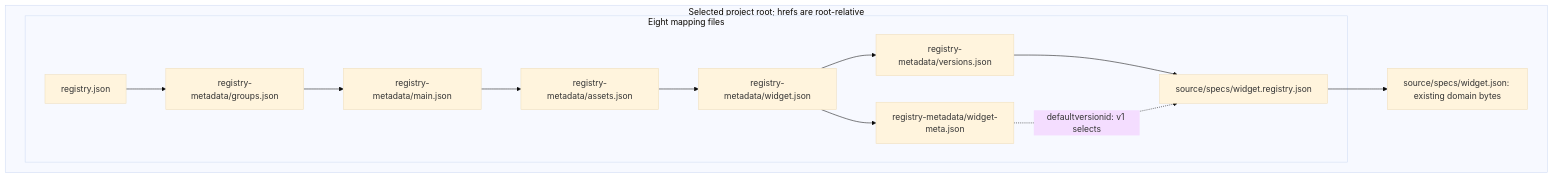
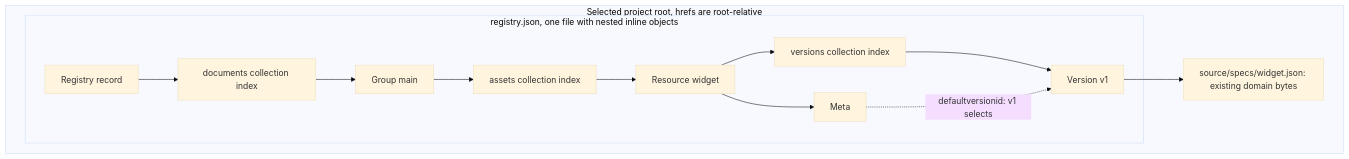
The diagram in workingdrafts/bindings/mapping.md (xregistry/spec), drawn with Mermaid (base theme) before and after one commit. The commit also changed other lines of this file and 15 other files, not shown here.

Commit message:
feat(bindings): allow inline mapping metadata in formatversion 1

````diff
--- a/workingdrafts/bindings/mapping.md
+++ b/workingdrafts/bindings/mapping.md
@@ -164,16 +162,16 @@
 ```mermaid
 flowchart TD
-    subgraph Root["Selected project root; hrefs are root-relative"]
-        subgraph Metadata["Eight mapping files"]
-            Registry["registry.json"] --> Groups["registry-metadata/groups.json"]
-            Groups --> Main["registry-metadata/main.json"]
-            Main --> Assets["registry-metadata/assets.json"]
-            Assets --> Widget["registry-metadata/widget.json"]
-            Widget --> Meta["registry-metadata/widget-meta.json"]
-            Widget --> Versions["registry-metadata/versions.json"]
-            Versions --> Version["source/specs/widget.registry.json"]
+    subgraph Root["Selected project root, hrefs are root-relative"]
+        subgraph Mapping["registry.json, one file with nested inline objects"]
+            Registry["Registry record"] --> Groups["documents collection index"]
+            Groups --> Main["Group main"]
+            Main --> Assets["assets collection index"]
+            Assets --> Widget["Resource widget"]
+            Widget --> Meta["Meta"]
+            Widget --> Versions["versions collection index"]
+            Versions --> Version["Version v1"]
             Meta -. "defaultversionid: v1 selects" .-> Version
         end
         Version --> Bytes["source/specs/widget.json: existing domain bytes"]
     end
 ```
````
